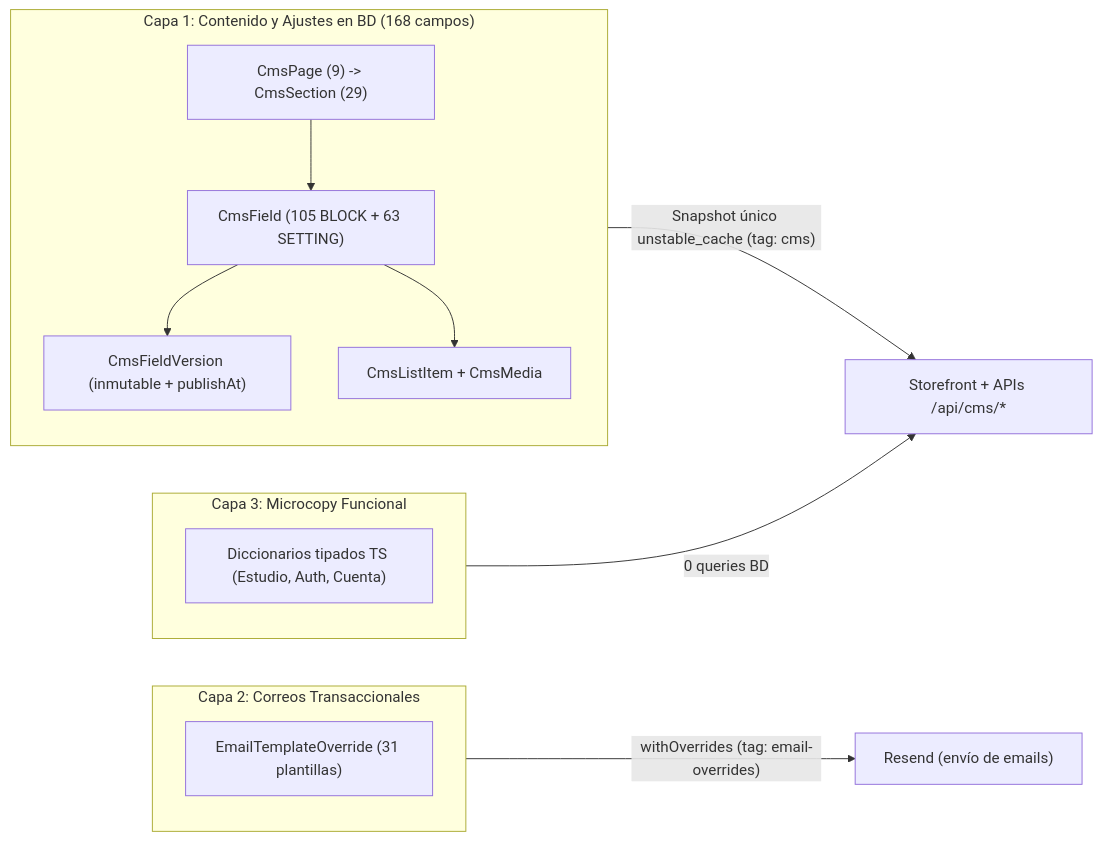
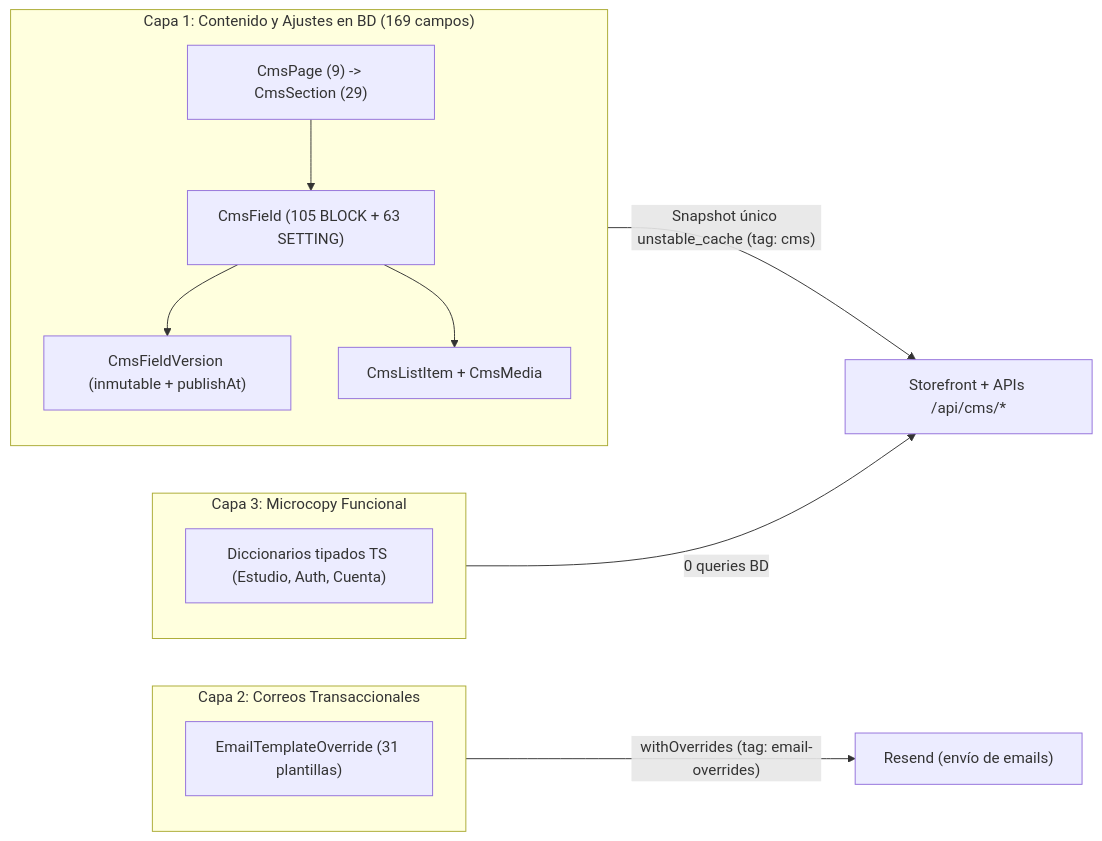
Before and after one commit to jullieth93/lucams: the second of 2 diagrams in docs/domains/catalog-and-cms.md, drawn with Mermaid. The commit also changed other lines of this file and 19 other files, not shown here.

````diff
--- a/docs/domains/catalog-and-cms.md
+++ b/docs/domains/catalog-and-cms.md
@@ -83,17 +83,17 @@
 ```mermaid
 flowchart LR
-  subgraph L1["Capa 1: Contenido y Ajustes en BD (168 campos)"]
+  subgraph L1["Capa 1: Contenido y Ajustes en BD (169 campos)"]
     P["CmsPage (9) -> CmsSection (29)"] --> F["CmsField (105 BLOCK + 63 SETTING)"]
     F --> V["CmsFieldVersion (inmutable + publishAt)"]
     F --> LI["CmsListItem + CmsMedia"]
   end
   subgraph L2["Capa 2: Correos Transaccionales"]
     EM["EmailTemplateOverride (31 plantillas)"]
   end
   subgraph L3["Capa 3: Microcopy Funcional"]
     TS["Diccionarios tipados TS (Estudio, Auth, Cuenta)"]
   end
   L1 -->|"Snapshot único unstable_cache (tag: cms)"| SF["Storefront + APIs /api/cms/*"]
   L2 -->|"withOverrides (tag: email-overrides)"| RS["Resend (envío de emails)"]
   L3 -->|"0 queries BD"| SF
 ```
````
